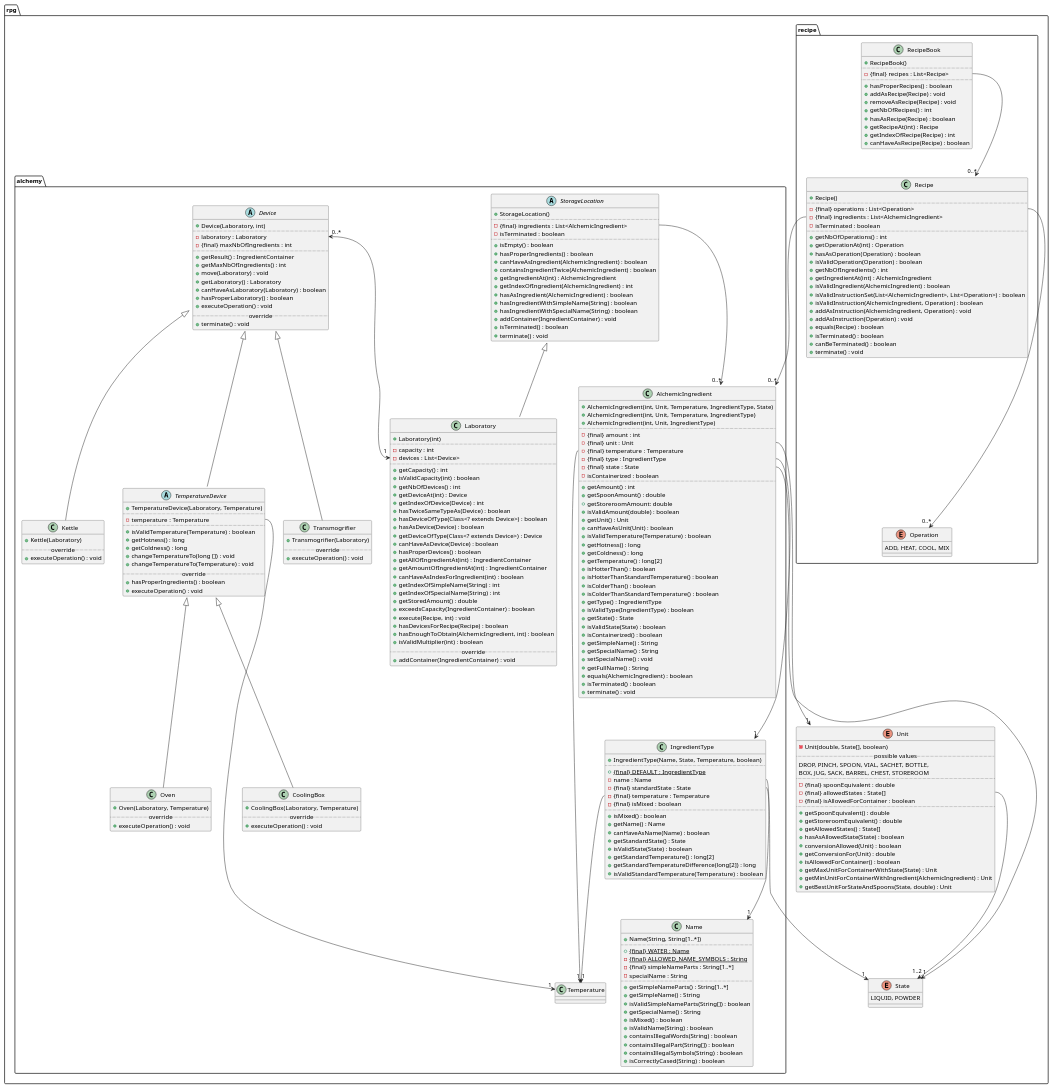
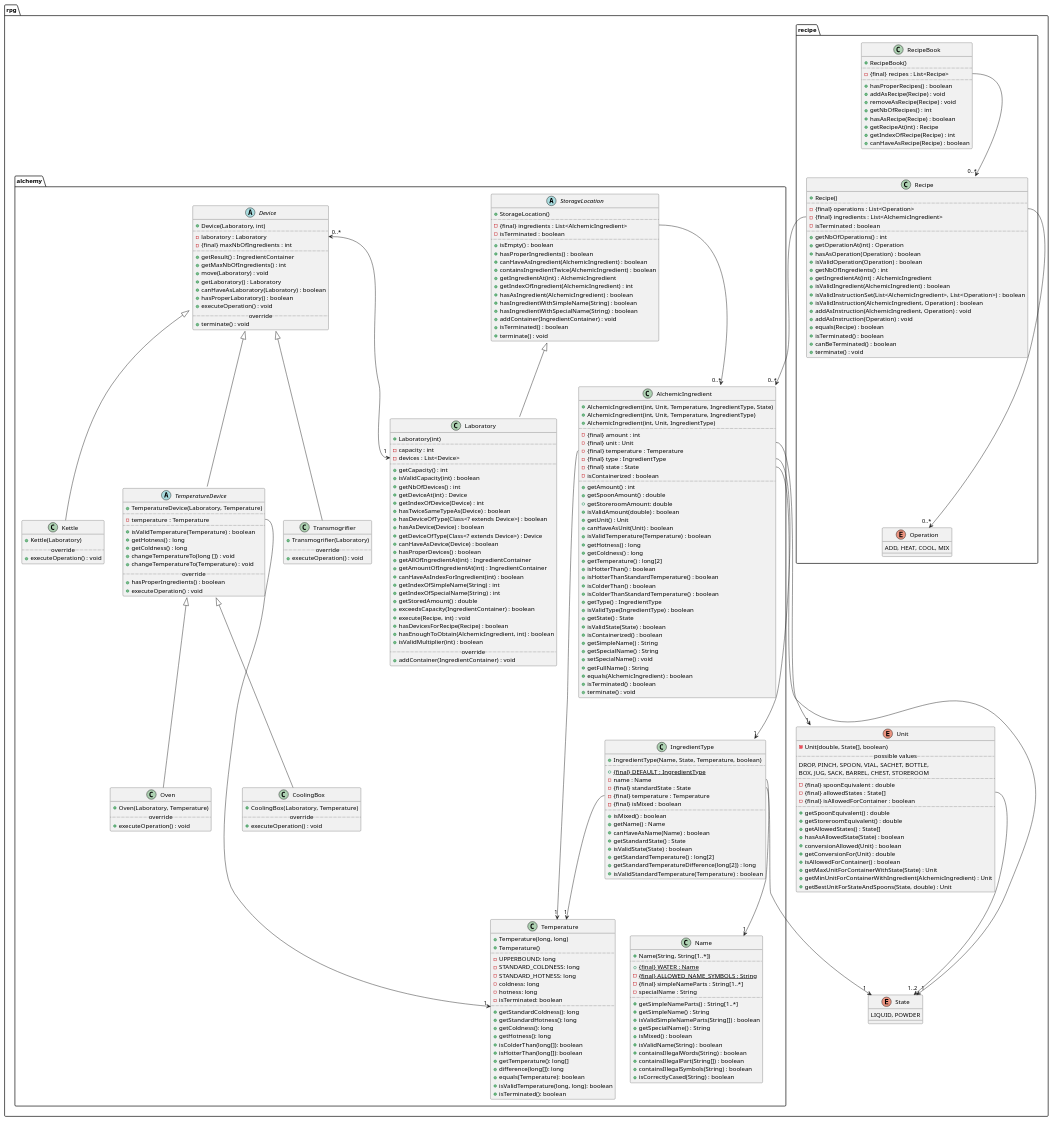
The diagram in class-diagram/only-public-methods.puml (vanschependom/KULAK_ogp-examenproject), drawn with PlantUML before and after one commit.

Commit message:
Added Temperature in class diagram

```diff
--- a/class-diagram/only-public-methods.puml
+++ b/class-diagram/only-public-methods.puml
@@ -1,8 +1,6 @@
 @startuml
 
 package rpg {
-
-
 
 
 enum State {
@@ -240,6 +238,30 @@
 AlchemicIngredient::type -->"1" IngredientType
 AlchemicIngredient::state -->"1" State
 
+class Temperature {
++ Temperature(long, long)
++ Temperature()
+..
+- UPPERBOUND: long
+- STANDARD_COLDNESS: long
+- STANDARD_HOTNESS: long
+- coldness: long
+- hotness: long
+- isTerminated: boolean
+..
++ getStandardColdness(): long
++ getStandardHotness(): long
++ getColdness(): long
++ getHotness(): long
++ isColderThan(long[]): boolean
++ isHotterThan(long[]): boolean
++ getTemperature(): long[]
++ difference(long[]): long
++ equals(Temperature): boolean
++ isValidTemperature(long, long): boolean
++ isTerminated(): boolean
+}
+
 class Name {
 + Name(String, String[1..*])
 ..
```
